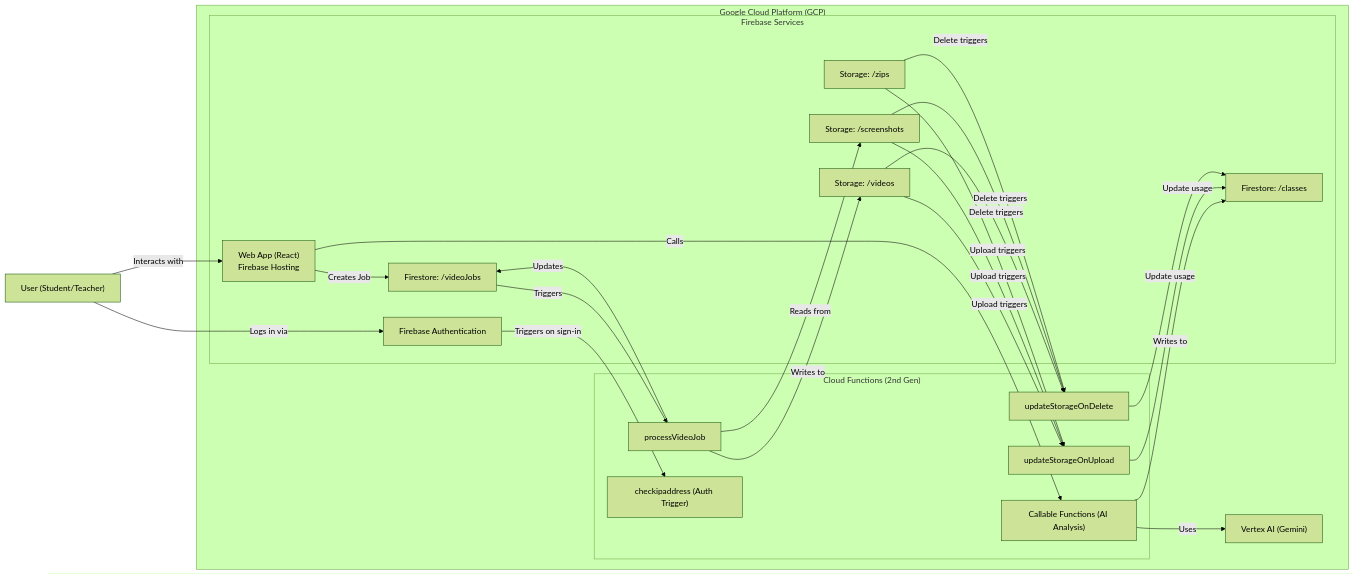
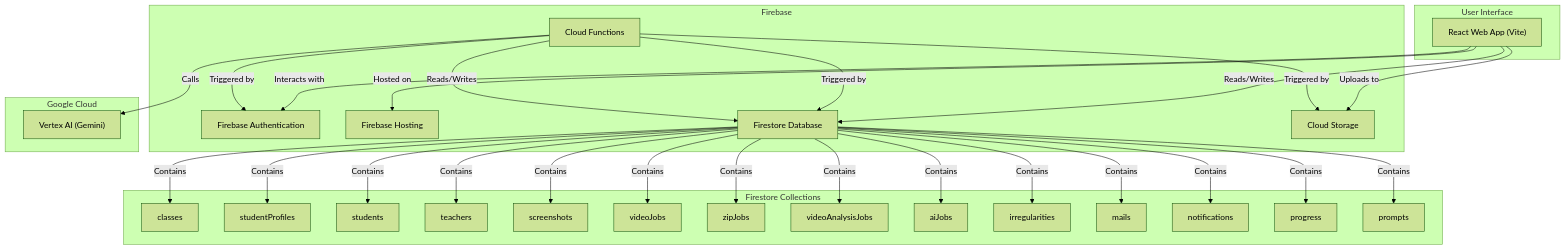
The diagram in README.md (wongcyrus/Gemini-AI-Classroom-Assistant), drawn with Mermaid (forest theme) before and after one commit. The commit also changed other lines of this file and 1 other file, not shown here.

````diff
--- a/README.md
+++ b/README.md
@@ -19,50 +21,61 @@
 ```mermaid
-graph LR
-    U["User (Student/Teacher)"]
-
-    subgraph "Google Cloud Platform (GCP)"
-        subgraph "Firebase Services"
-            H1["Web App (React)<br>Firebase Hosting"]
-            Auth["Firebase Authentication"]
-            C1["Firestore: /classes"]
-            C2["Firestore: /videoJobs"]
-            S1["Storage: /videos"]
-            S2["Storage: /screenshots"]
-            S3["Storage: /zips"]
-        end
-
-        subgraph "Cloud Functions (2nd Gen)"
-            F1["processVideoJob"]
-            F2["updateStorageOnUpload"]
-            F3["updateStorageOnDelete"]
-            F4["checkipaddress (Auth Trigger)"]
-            F5["Callable Functions (AI Analysis)"]
-        end
-
-        G1["Vertex AI (Gemini)"]
+graph TD
+    subgraph "User Interface"
+        WebApp["React Web App (Vite)"]
     end
 
-    %% --- Connections ---
+    subgraph "Firebase"
+        Auth["Firebase Authentication"]
+        Hosting["Firebase Hosting"]
+        Firestore["Firestore Database"]
+        Storage["Cloud Storage"]
+        Functions["Cloud Functions"]
+    end
 
-    %% User Flow
-    U -- "Interacts with" --> H1
-    U -- "Logs in via" --> Auth
-    Auth -- "Triggers on sign-in" --> F4
+    subgraph "Google Cloud"
+        VertexAI["Vertex AI (Gemini)"]
+    end
 
-    %% AI Analysis Flow
-    H1 -- "Calls" --> F5
-    F5 -- "Uses" --> G1
-    F5 -- "Writes to" --> C1
+    subgraph "Firestore Collections"
+        C_classes["classes"]
+        C_studentProfiles["studentProfiles"]
+        C_students["students"]
+        C_teachers["teachers"]
+        C_screenshots["screenshots"]
+        C_videoJobs["videoJobs"]
+        C_zipJobs["zipJobs"]
+        C_videoAnalysisJobs["videoAnalysisJobs"]
+        C_aiJobs["aiJobs"]
+        C_irregularities["irregularities"]
+        C_mails["mails"]
+        C_notifications["notifications"]
+        C_progress["progress"]
+        C_prompts["prompts"]
+    end
 
-    %% Video Creation Flow
-    H1 -- "Creates Job" --> C2
-    C2 -- "Triggers" --> F1
-    F1 -- "Reads from" --> S2
-    F1 -- "Writes to" --> S1
-    F1 -- "Updates" --> C2
+    WebApp -- "Interacts with" --> Auth
+    WebApp -- "Hosted on" --> Hosting
+    WebApp -- "Reads/Writes" --> Firestore
+    WebApp -- "Uploads to" --> Storage
 
-    %% Storage Quota Flow
-    S1 & S2 & S3 -- "Upload triggers" --> F2
-    S1 & S2 & S3 -- "Delete triggers" --> F3
-    F2 & F3 -- "Update usage" --> C1
+    Functions -- "Triggered by" --> Auth
+    Functions -- "Triggered by" --> Firestore
+    Functions -- "Triggered by" --> Storage
+    Functions -- "Calls" --> VertexAI
+    Functions -- "Reads/Writes" --> Firestore
+
+    Firestore -- "Contains" --> C_classes
+    Firestore -- "Contains" --> C_studentProfiles
+    Firestore -- "Contains" --> C_students
+    Firestore -- "Contains" --> C_teachers
+    Firestore -- "Contains" --> C_screenshots
+    Firestore -- "Contains" --> C_videoJobs
+    Firestore -- "Contains" --> C_zipJobs
+    Firestore -- "Contains" --> C_videoAnalysisJobs
+    Firestore -- "Contains" --> C_aiJobs
+    Firestore -- "Contains" --> C_irregularities
+    Firestore -- "Contains" --> C_mails
+    Firestore -- "Contains" --> C_notifications
+    Firestore -- "Contains" --> C_progress
+    Firestore -- "Contains" --> C_prompts
 ```
````
